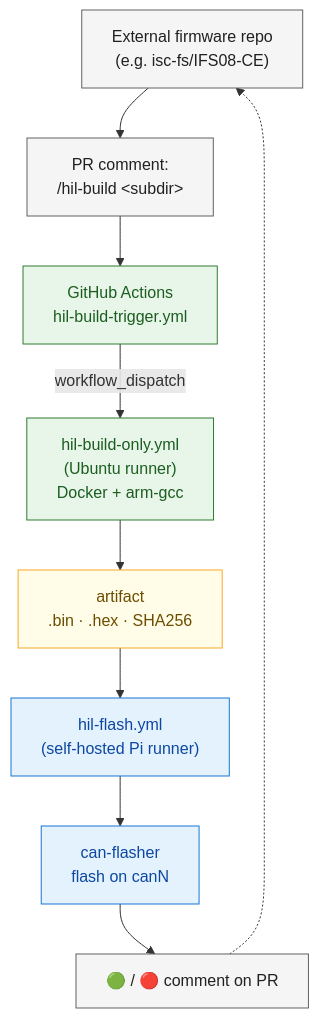
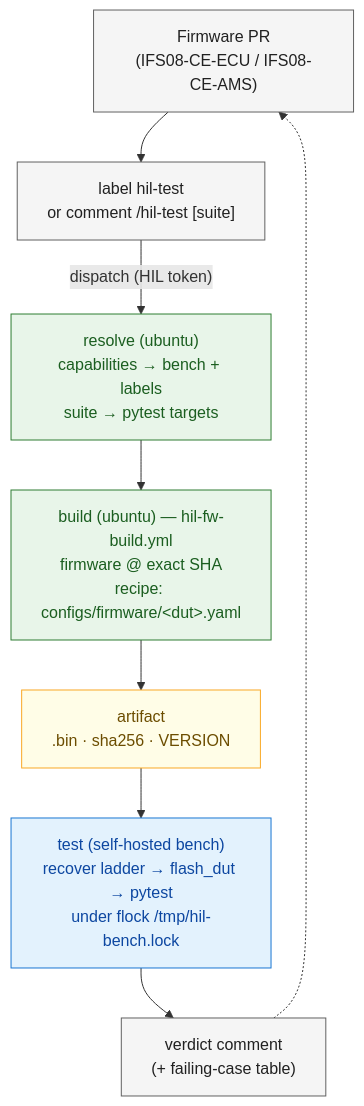
One commit to isc-fs/IFS_HIL changed the third of 3 diagrams in docs/architecture.md. Above: the diagram before and after it, drawn with Mermaid. The commit also changed other lines of this file, not shown here.

First line of the commit message:
docs(architecture): describe the fleet, the live CI chain and kernel-owned CS

````diff
--- a/docs/architecture.md
+++ b/docs/architecture.md
@@ -233,30 +291,28 @@
 ```mermaid
 flowchart TD
-    FW_REPO["External firmware repo<br/>(e.g. isc-fs/IFS08-CE)"]
-    COMMENT["PR comment:<br/>/hil-build &lt;subdir&gt;"]
-    TRIGGER["GitHub Actions<br/>hil-build-trigger.yml"]
-    BUILD["hil-build-only.yml<br/>(Ubuntu runner)<br/>Docker + arm-gcc"]
-    ARTIFACT["artifact<br/>.bin · .hex · SHA256"]
-    FLASH_JOB["hil-flash.yml<br/>(self-hosted Pi runner)"]
-    FLASHER["can-flasher<br/>flash on canN"]
-    RESULT["🟢 / 🔴 comment on PR"]
+    FW_PR["Firmware PR<br/>(IFS08-CE-ECU / IFS08-CE-AMS)"]
+    TRIG["label hil-test<br/>or comment /hil-test [suite]"]
+    RESOLVE["resolve (ubuntu)<br/>capabilities → bench + labels<br/>suite → pytest targets"]
+    BUILD["build (ubuntu) — hil-fw-build.yml<br/>firmware @ exact SHA<br/>recipe: configs/firmware/&lt;dut&gt;.yaml"]
+    ARTIFACT["artifact<br/>.bin · sha256 · VERSION"]
+    TEST["test (self-hosted bench)<br/>recover ladder → flash_dut → pytest<br/>under flock /tmp/hil-bench.lock"]
+    RESULT["verdict comment<br/>(+ failing-case table)"]
 
-    FW_REPO --> COMMENT
-    COMMENT --> TRIGGER
-    TRIGGER -- "workflow_dispatch" --> BUILD
+    FW_PR --> TRIG
+    TRIG -- "dispatch (HIL token)" --> RESOLVE
+    RESOLVE --> BUILD
     BUILD --> ARTIFACT
-    ARTIFACT --> FLASH_JOB
-    FLASH_JOB --> FLASHER
-    FLASHER --> RESULT
-    RESULT -.-> FW_REPO
+    ARTIFACT --> TEST
+    TEST --> RESULT
+    RESULT -.-> FW_PR
 
     classDef external fill:#f5f5f5,stroke:#616161,color:#212121
     classDef ci fill:#e8f5e9,stroke:#2e7d32,color:#1b5e20
     classDef bench fill:#e3f2fd,stroke:#1976d2,color:#0d47a1
     classDef artifact fill:#fffde7,stroke:#f9a825,color:#6c4d00
 
-    class FW_REPO,COMMENT,RESULT external
-    class TRIGGER,BUILD ci
-    class FLASH_JOB,FLASHER bench
+    class FW_PR,TRIG,RESULT external
+    class RESOLVE,BUILD ci
+    class TEST bench
     class ARTIFACT artifact
 ```
````
